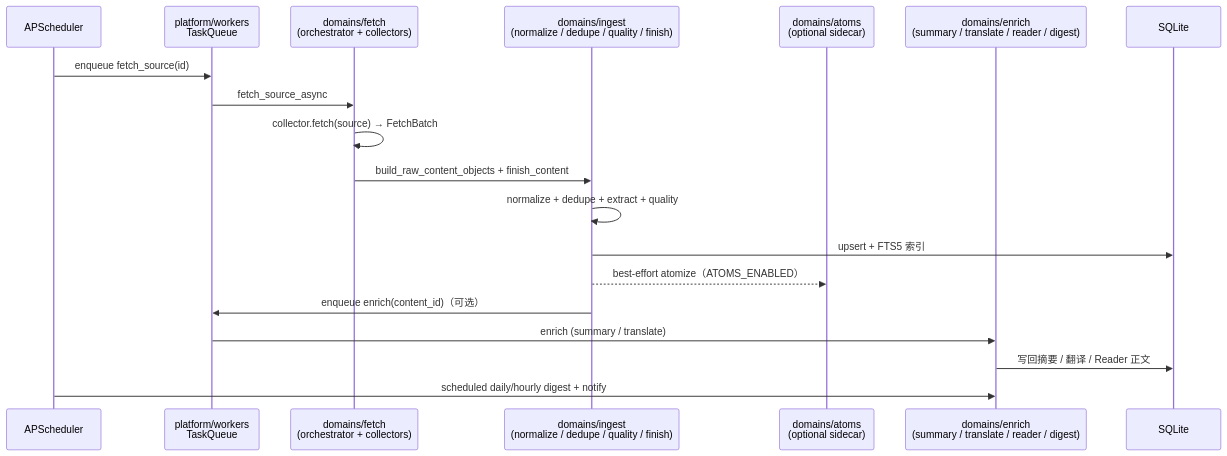
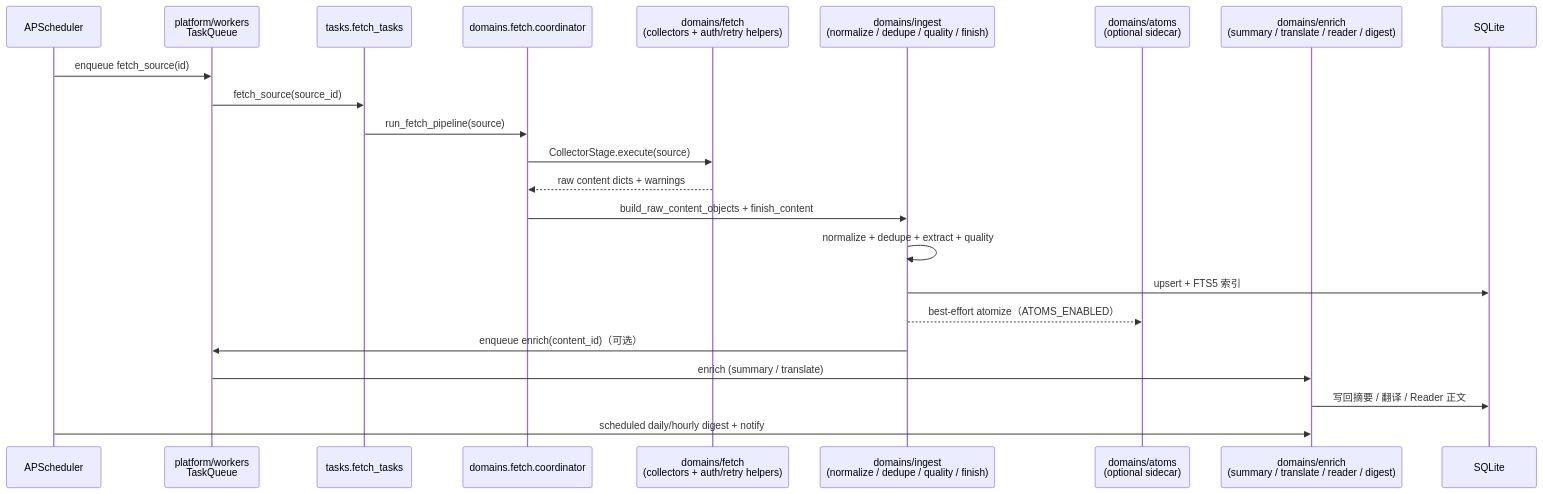
Before and after one commit to wangbubu2023/personal-info-monitor: the second of 4 diagrams in docs/ARCHITECTURE.md, drawn with Mermaid. The commit also changed other lines of this file and 285 other files, not shown here.

````diff
--- a/docs/ARCHITECTURE.md
+++ b/docs/ARCHITECTURE.md
@@ -100,22 +102,26 @@
 ```mermaid
 sequenceDiagram
   participant Sched as APScheduler
   participant TQ as platform/workers<br/>TaskQueue
-  participant Fetch as domains/fetch<br/>(orchestrator + collectors)
+  participant FetchTask as tasks.fetch_tasks
+  participant Pipe as domains.fetch.coordinator
+  participant Fetch as domains/fetch<br/>(collectors + auth/retry helpers)
   participant Ingest as domains/ingest<br/>(normalize / dedupe / quality / finish)
   participant Atom as domains/atoms<br/>(optional sidecar)
   participant Enrich as domains/enrich<br/>(summary / translate / reader / digest)
   participant DB as SQLite
 
   Sched->>TQ: enqueue fetch_source(id)
-  TQ->>Fetch: fetch_source_async
-  Fetch->>Fetch: collector.fetch(source) → FetchBatch
-  Fetch->>Ingest: build_raw_content_objects + finish_content
+  TQ->>FetchTask: fetch_source(source_id)
+  FetchTask->>Pipe: run_fetch_pipeline(source)
+  Pipe->>Fetch: CollectorStage.execute(source)
+  Fetch-->>Pipe: raw content dicts + warnings
+  Pipe->>Ingest: build_raw_content_objects + finish_content
   Ingest->>Ingest: normalize + dedupe + extract + quality
   Ingest->>DB: upsert + FTS5 索引
   Ingest-->>Atom: best-effort atomize（ATOMS_ENABLED）
   Ingest->>TQ: enqueue enrich(content_id)（可选）
   TQ->>Enrich: enrich (summary / translate)
   Enrich->>DB: 写回摘要 / 翻译 / Reader 正文
   Sched->>Enrich: scheduled daily/hourly digest + notify
 ```
````
